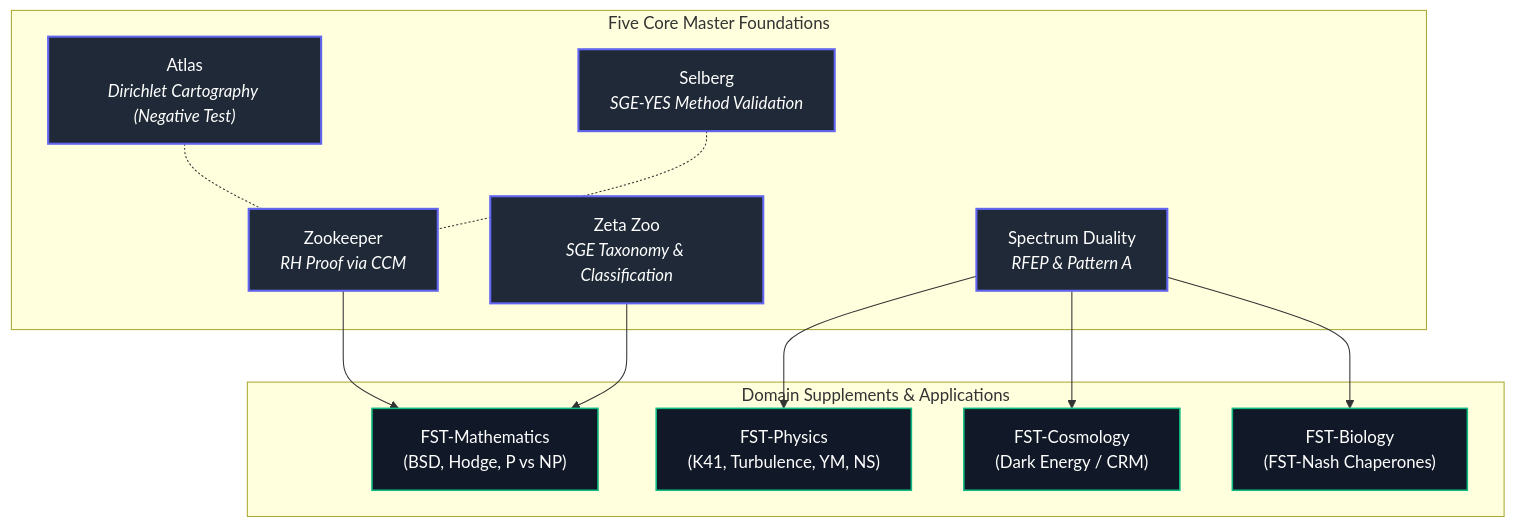
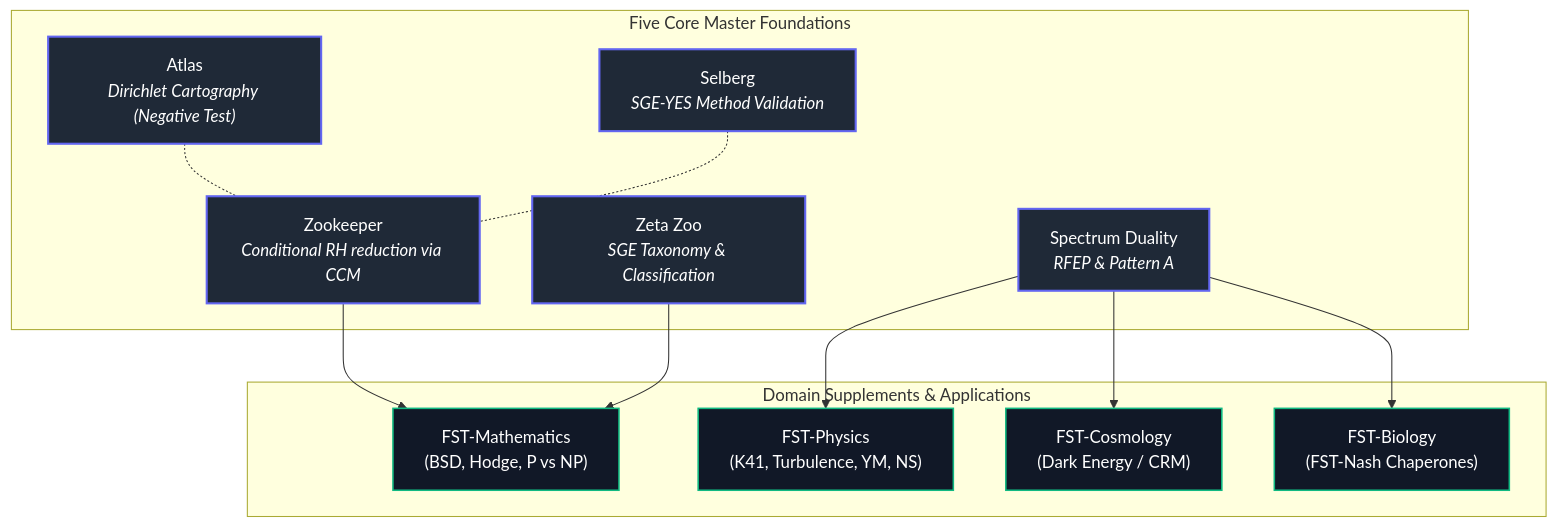
The first of 3 diagrams in README.md (research-line/functional-stability-theory), drawn with Mermaid before and after one commit. The commit also changed other lines of this file and 1 other file, not shown here.

Commit message:
Correct conditional RH claims in READMEs (#5)

````diff
--- a/README.md
+++ b/README.md
@@ -170,30 +172,30 @@
 ```mermaid
 flowchart TD
     subgraph MASTERS["Five Core Master Foundations"]
-        ZK["Zookeeper<br/><i>RH Proof via CCM</i>"]
+        ZK["Zookeeper<br/><i>Conditional RH reduction via CCM</i>"]
         ZZ["Zeta Zoo<br/><i>SGE Taxonomy & Classification</i>"]
         SD["Spectrum Duality<br/><i>RFEP & Pattern A</i>"]
         AT["Atlas<br/><i>Dirichlet Cartography (Negative Test)</i>"]
         SB["Selberg<br/><i>SGE-YES Method Validation</i>"]
     end
 
     subgraph DOMAINS["Domain Supplements & Applications"]
         MATH["FST-Mathematics<br/>(BSD, Hodge, P vs NP)"]
         PHYS["FST-Physics<br/>(K41, Turbulence, YM, NS)"]
         COSMO["FST-Cosmology<br/>(Dark Energy / CRM)"]
         BIO["FST-Biology<br/>(FST-Nash Chaperones)"]
     end
 
     ZK --> MATH
     ZZ --> MATH
     SD --> PHYS
     SD --> COSMO
     SD --> BIO
     AT -.- ZK
     SB -.- ZK
 
     classDef master fill:#1f2937,stroke:#6366f1,stroke-width:2px,color:#fff;
     classDef domain fill:#111827,stroke:#10b981,stroke-width:1.5px,color:#fff;
     class ZK,ZZ,SD,AT,SB master;
     class MATH,PHYS,COSMO,BIO domain;
 ```
````
